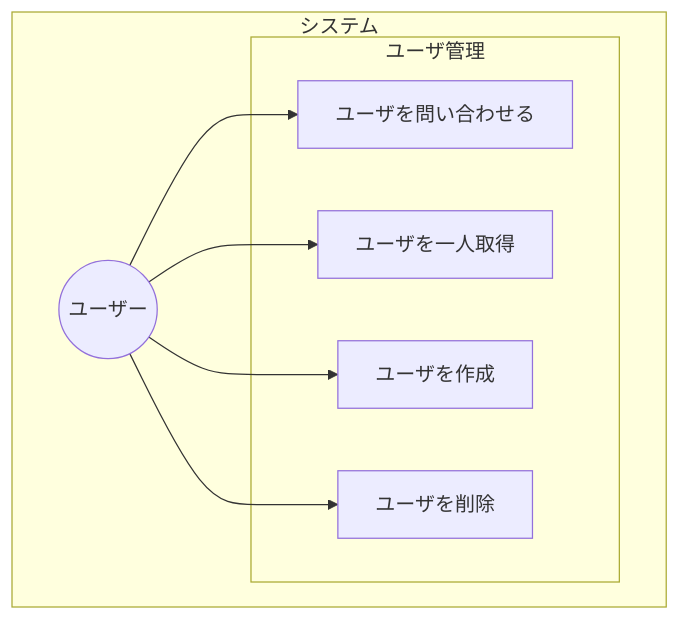
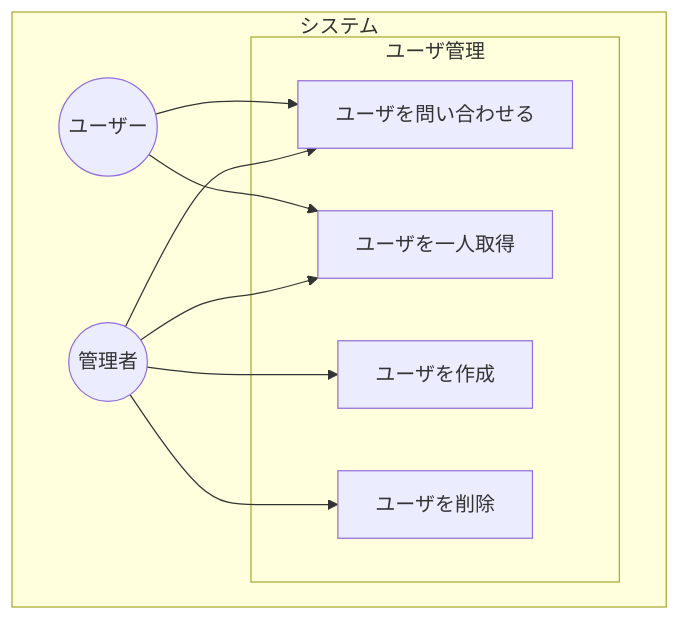
Before and after one commit to ShunsukeNONOMURA/nuxt3-master: the first of 3 diagrams in docs/volume/docs/10-design.md, drawn with Mermaid. The commit also changed other lines of this file and 24 other files, not shown here.

````diff
--- a/docs/volume/docs/10-design.md
+++ b/docs/volume/docs/10-design.md
@@ -6,16 +6,19 @@
 ```mermaid
 graph TB
     subgraph "システム"
+        Admin((管理者))
         User((ユーザー))
         subgraph "ユーザ管理"
             QueryUser[ユーザを問い合わせる]
             GetUser[ユーザを一人取得]
             CreateUser[ユーザを作成]
             DeleteUser[ユーザを削除]
         end
     end
     User --> QueryUser
     User --> GetUser
-    User --> CreateUser
-    User --> DeleteUser
+    Admin --> QueryUser
+    Admin --> GetUser
+    Admin --> CreateUser
+    Admin --> DeleteUser
 ```
````
